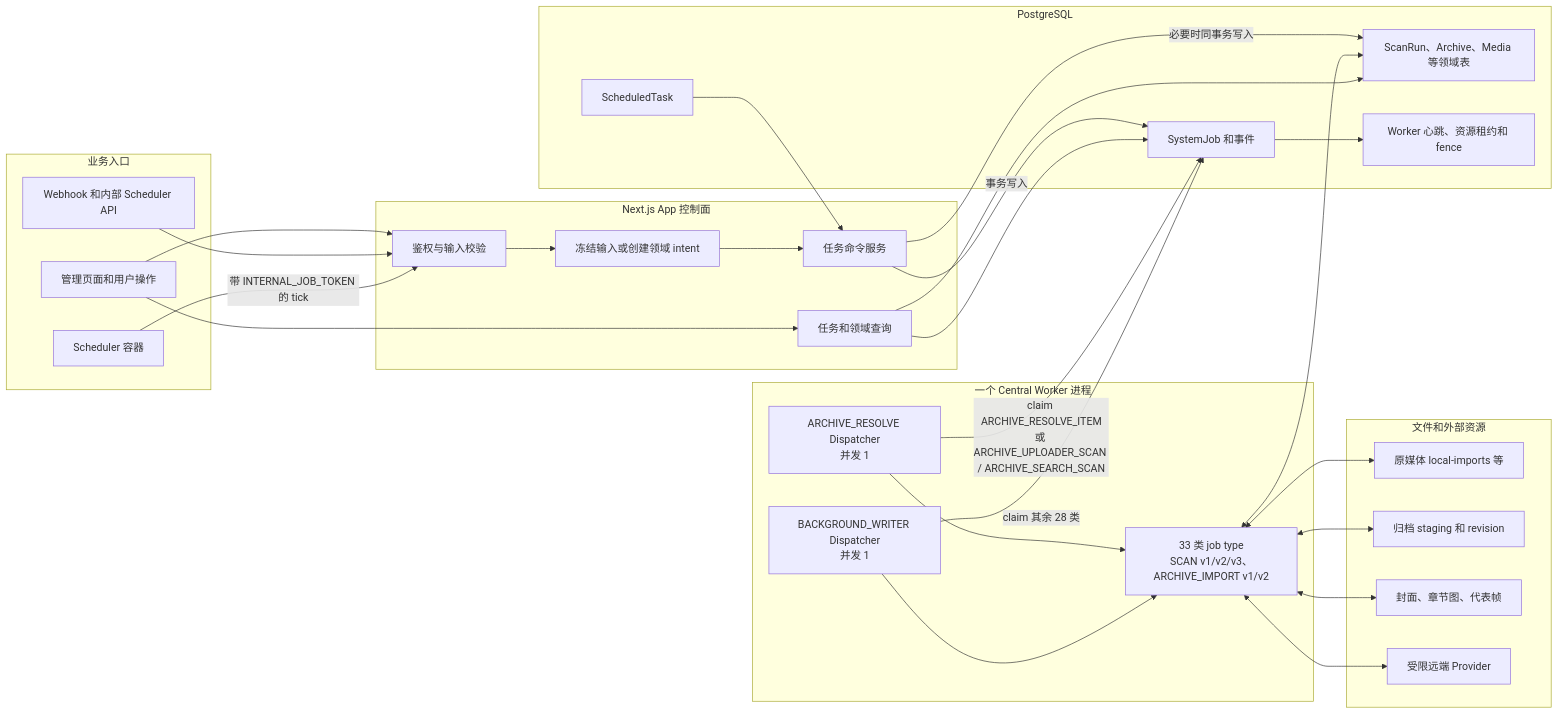
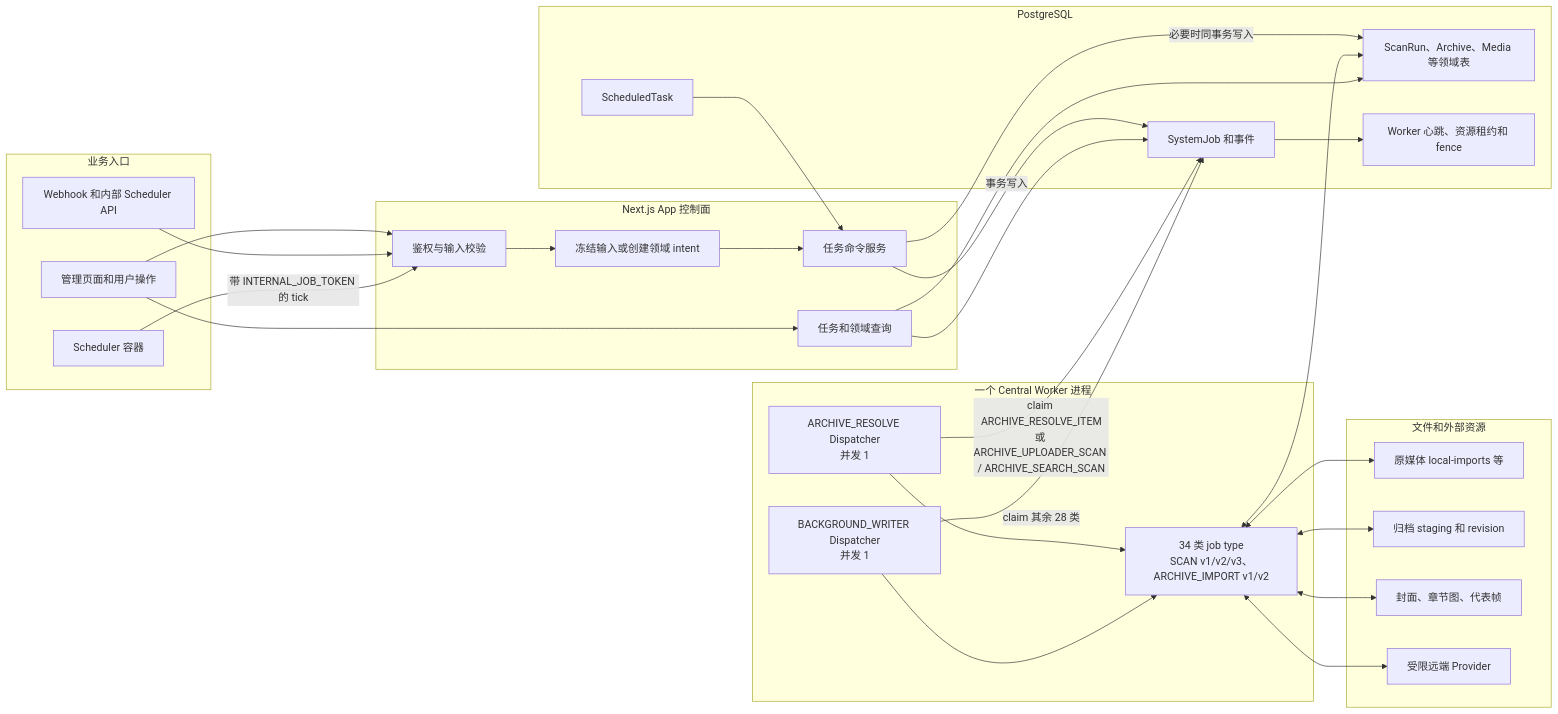
The first of 12 diagrams in docs/architecture/background-job-business-flows.md (namehu/PixiShelf), drawn with Mermaid before and after one commit. The commit also changed other lines of this file and 67 other files, not shown here.

````diff
--- a/docs/architecture/background-job-business-flows.md
+++ b/docs/architecture/background-job-business-flows.md
@@ -50,56 +50,56 @@
 ```mermaid
 flowchart LR
   subgraph Entry[业务入口]
     UI[管理页面和用户操作]
     API[Webhook 和内部 Scheduler API]
     SCH[Scheduler 容器]
   end
 
   subgraph App[Next.js App 控制面]
     AUTH[鉴权与输入校验]
     SNAP[冻结输入或创建领域 intent]
     CMD[任务命令服务]
     READ[任务和领域查询]
   end
 
   subgraph DB[PostgreSQL]
     TASK[ScheduledTask]
     JOB[SystemJob 和事件]
     DOMAIN[ScanRun、Archive、Media 等领域表]
     LEASE[Worker 心跳、资源租约和 fence]
   end
 
   subgraph Worker[一个 Central Worker 进程]
     RESOLVE[ARCHIVE_RESOLVE Dispatcher\n并发 1]
     WRITER[BACKGROUND_WRITER Dispatcher\n并发 1]
-    EXEC[33 类 job type\nSCAN v1/v2/v3、ARCHIVE_IMPORT v1/v2]
+    EXEC[34 类 job type\nSCAN v1/v2/v3、ARCHIVE_IMPORT v1/v2]
   end
 
   subgraph Storage[文件和外部资源]
     SOURCE[原媒体 local-imports 等]
     ARCHIVE[归档 staging 和 revision]
     DERIVED[封面、章节图、代表帧]
     REMOTE[受限远端 Provider]
   end
 
   UI --> AUTH
   API --> AUTH
   SCH -->|带 INTERNAL_JOB_TOKEN 的 tick| AUTH
   AUTH --> SNAP --> CMD
   TASK --> CMD
   CMD -->|事务写入| JOB
   CMD -->|必要时同事务写入| DOMAIN
   RESOLVE -->|claim ARCHIVE_RESOLVE_ITEM\n或 ARCHIVE_UPLOADER_SCAN / ARCHIVE_SEARCH_SCAN| JOB
   WRITER -->|claim 其余 28 类| JOB
   JOB --> LEASE
   RESOLVE --> EXEC
   WRITER --> EXEC
   EXEC <--> DOMAIN
   EXEC <--> SOURCE
   EXEC <--> ARCHIVE
   EXEC <--> DERIVED
   EXEC <--> REMOTE
   READ --> JOB
   READ --> DOMAIN
   UI --> READ
 ```
````
